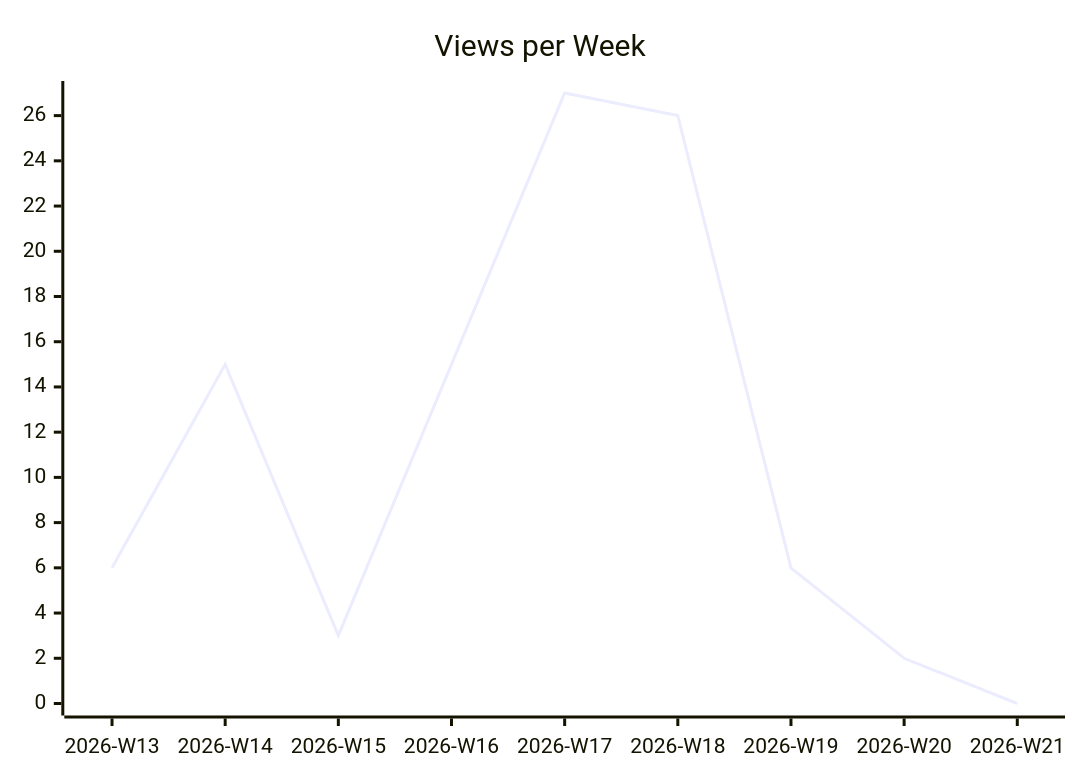
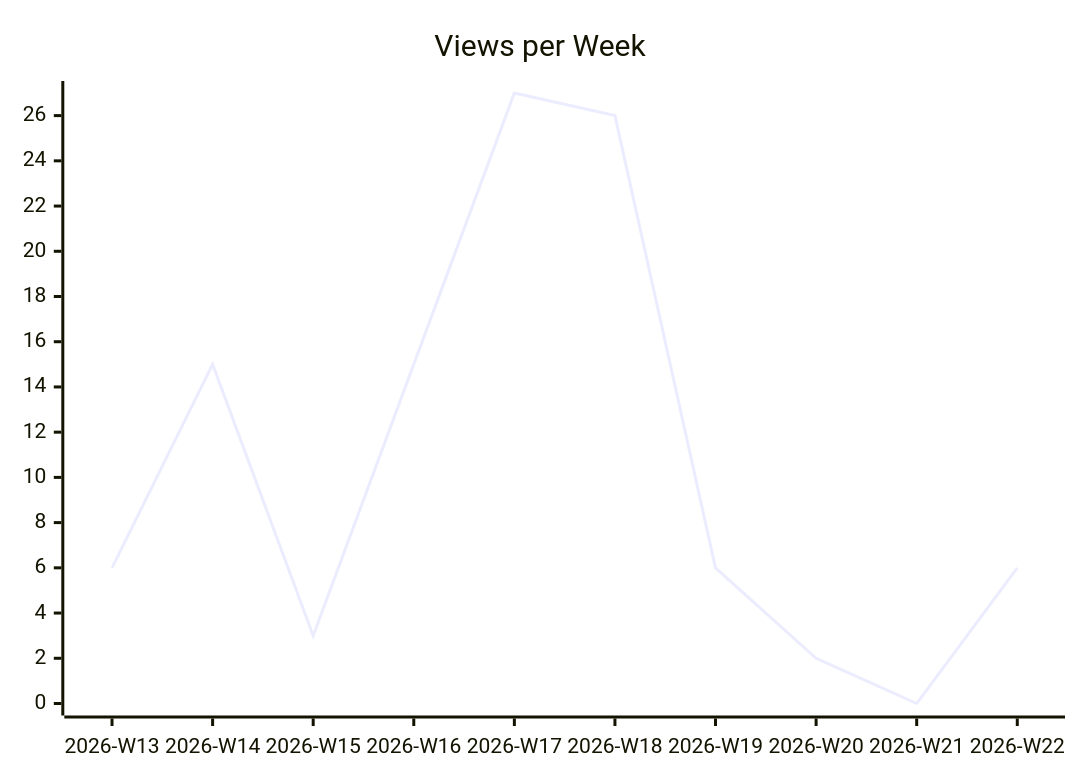
The second of 3 diagrams in karlmdavis/ksoap2-android/README.md (justdavis-family/github-analytics-data), drawn with Mermaid before and after one commit. The commit also changed other lines of this file and 190 other files, not shown here.

````diff
--- a/karlmdavis/ksoap2-android/README.md
+++ b/karlmdavis/ksoap2-android/README.md
@@ -12,6 +12,6 @@
 ```mermaid
 xychart-beta
   title "Views per Week"
-  x-axis ["2026-W13", "2026-W14", "2026-W15", "2026-W16", "2026-W17", "2026-W18", "2026-W19", "2026-W20", "2026-W21"]
-  line [6, 15, 3, 15, 27, 26, 6, 2, 0]
+  x-axis ["2026-W13", "2026-W14", "2026-W15", "2026-W16", "2026-W17", "2026-W18", "2026-W19", "2026-W20", "2026-W21", "2026-W22"]
+  line [6, 15, 3, 15, 27, 26, 6, 2, 0, 6]
 ```
````
